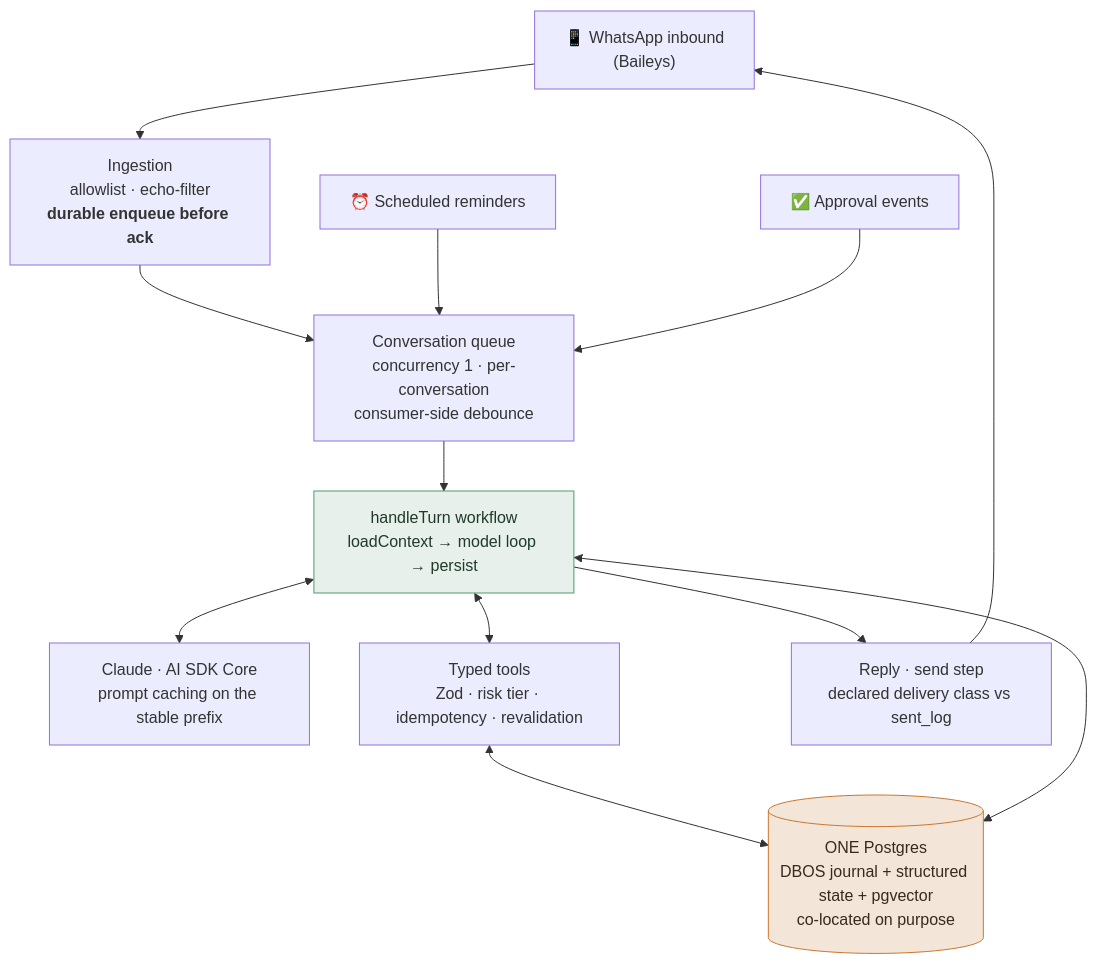
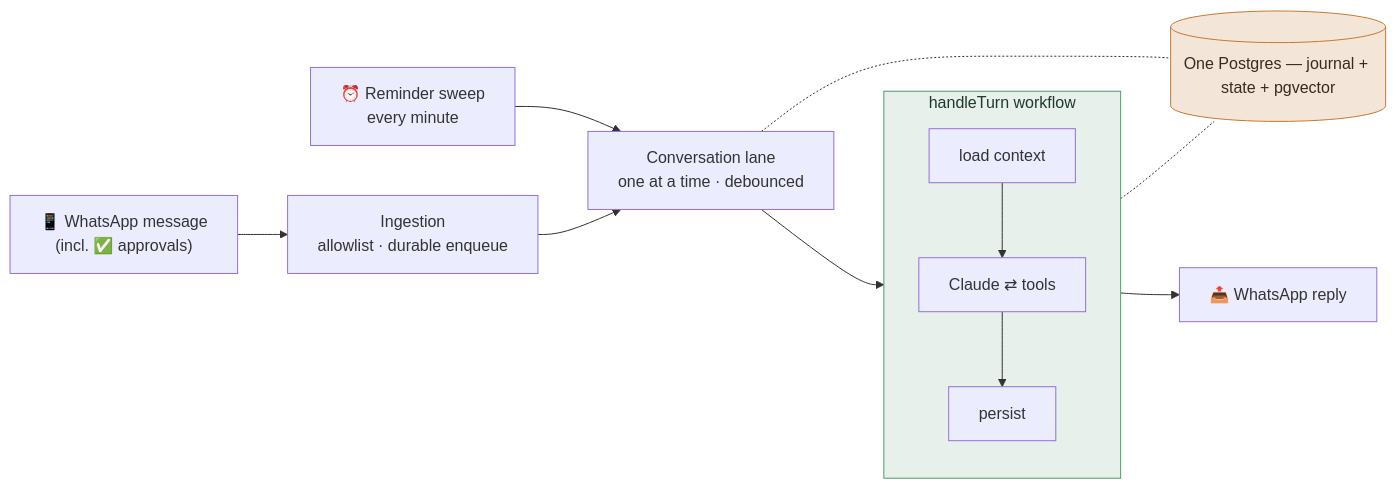
The first of 2 diagrams in README.md (shem86/ezra), drawn with Mermaid before and after one commit. The commit also changed other lines of this file, not shown here.

Commit message:
docs(readme): clarify the How it works flow diagram
Redraw as a one-directional in → lane → turn → out flow. Approvals are
WhatsApp messages resolved inside handleTurn, not a separate source that
bypasses ingestion; per-stage detail moves from node labels to bullets.

Claude-Session: https://claude.ai/code/session_0173mx5rETH2dpiL39mio4S6

````diff
--- a/README.md
+++ b/README.md
@@ -195,29 +196,23 @@
 ```mermaid
-flowchart TB
-  WA["📱 WhatsApp inbound<br/>(Baileys)"]
-  SCHED["⏰ Scheduled reminders"]
-  APPR["✅ Approval events"]
+flowchart LR
+  IN["📱 WhatsApp message<br/>(incl. ✅ approvals)"] --> ING["Ingestion<br/>allowlist · durable enqueue"]
+  SCHED["⏰ Reminder sweep<br/>every minute"] --> Q
+  ING --> Q["Conversation lane<br/>one at a time · debounced"]
+  Q --> TURN
 
-  ING["Ingestion<br/>allowlist · echo-filter<br/><b>durable enqueue before ack</b>"]
-  Q["Conversation queue<br/>concurrency 1 · per-conversation<br/>consumer-side debounce"]
-  TURN["handleTurn workflow<br/>loadContext → model loop → persist"]
-  MODEL["Claude · AI SDK Core<br/>prompt caching on the stable prefix"]
-  TOOLS["Typed tools<br/>Zod · risk tier · idempotency · revalidation"]
-  REPLY["Reply · send step<br/>declared delivery class vs sent_log"]
-  DB[("ONE Postgres<br/>DBOS journal + structured state + pgvector<br/>co-located on purpose")]
+  subgraph TURN["handleTurn workflow"]
+    direction TB
+    CTX["load context"] --> LOOP["Claude ⇄ tools"] --> SAVE["persist"]
+  end
 
-  WA --> ING --> Q
-  SCHED --> Q
-  APPR --> Q
-  Q --> TURN
-  TURN <--> MODEL
-  TURN <--> TOOLS
-  TURN --> REPLY --> WA
-  TOOLS <--> DB
-  TURN <--> DB
+  TURN --> OUT["📤 WhatsApp reply"]
+
+  DB[("One Postgres — journal + state + pgvector")]
+  TURN -.- DB
+  Q -.- DB
 
   classDef store fill:#f3e6d8,stroke:#c9772f,color:#3a2a1c;
   classDef turn fill:#e7f0ea,stroke:#4a9e6d,color:#1f3a2c;
   class DB store;
   class TURN turn;
 ```
````
